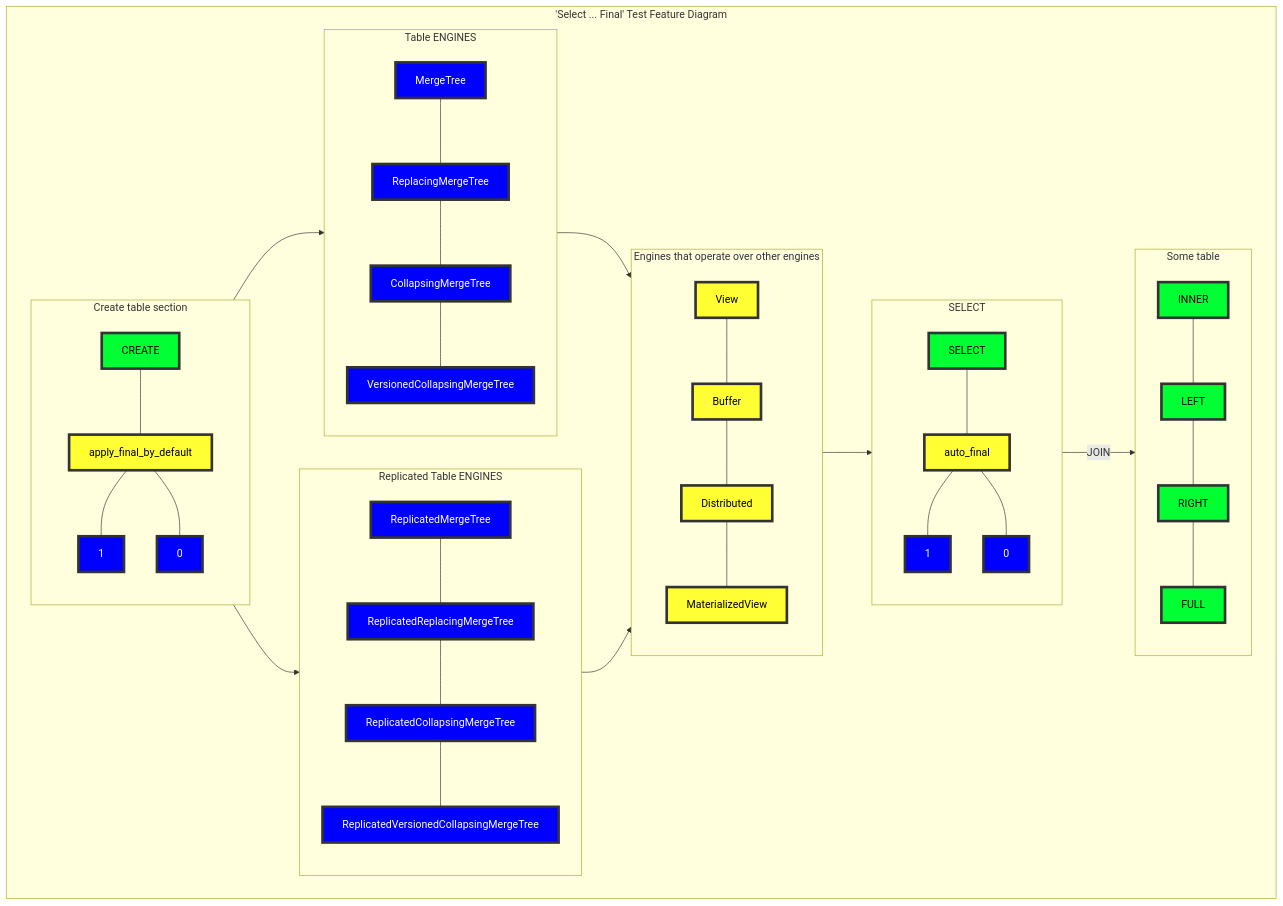
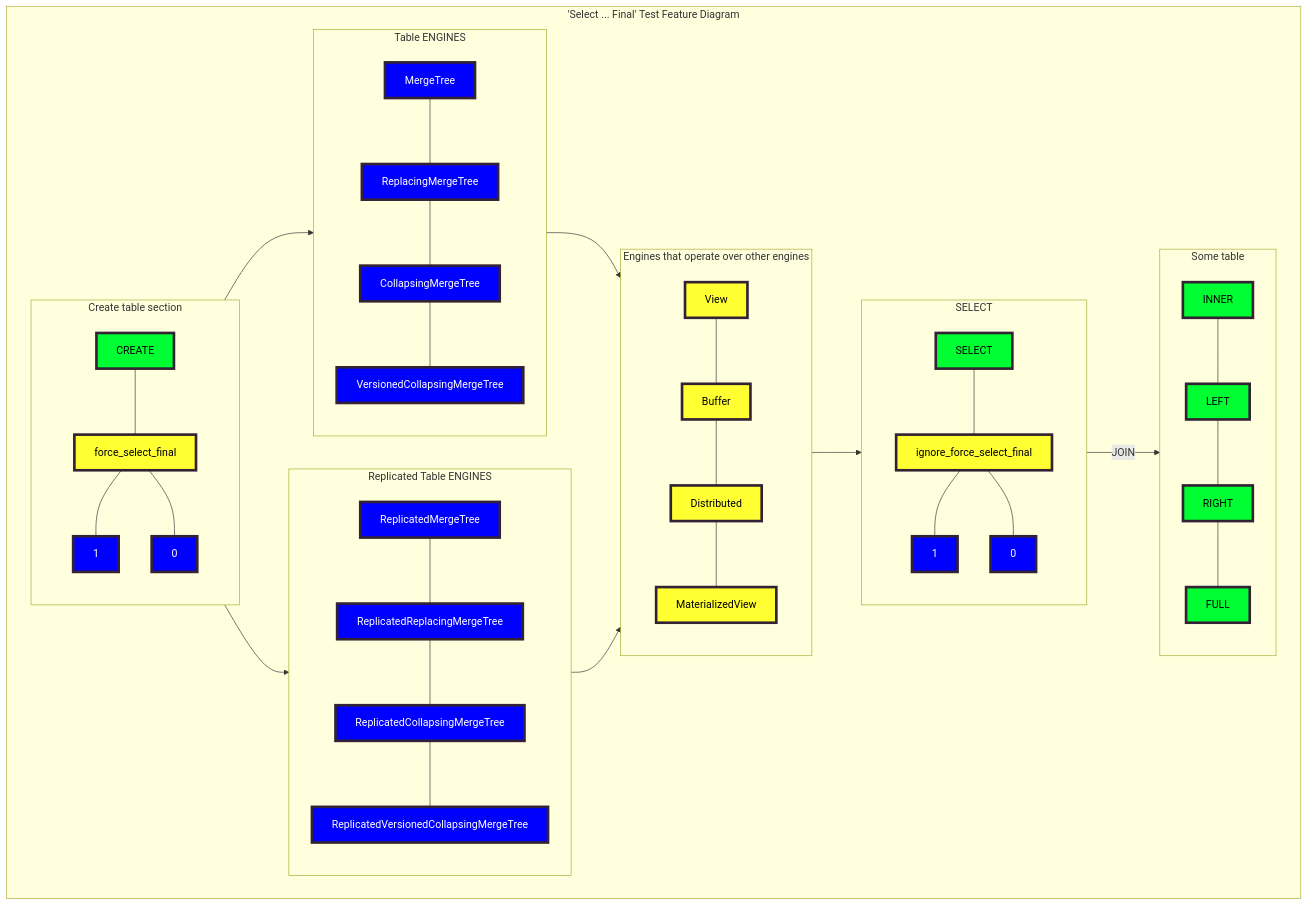
One commit to Altinity/clickhouse-regression changed the diagram in selects/requirements/automatic_final_modifier.md. Above: the diagram before and after it, drawn with Mermaid. The commit also changed other lines of this file and 4 other files, not shown here.

````diff
--- a/selects/requirements/automatic_final_modifier.md
+++ b/selects/requirements/automatic_final_modifier.md
@@ -31,69 +40,69 @@
 ```mermaid
 flowchart TB;
 
-  classDef yellow fill:#ffff33,stroke:#333,stroke-width:4px,color:black;
-  classDef yellow2 fill:#ffff33,stroke:#333,stroke-width:4px,color:red;
-  classDef green fill:#00ff33,stroke:#333,stroke-width:4px,color:black;
-  classDef red fill:red,stroke:#333,stroke-width:4px,color:black;
-  classDef blue fill:blue,stroke:#333,stroke-width:4px,color:white;
+  classDef yellow fill:#ffff32,stroke:#323,stroke-width:4px,color:black;
+  classDef yellow2 fill:#ffff32,stroke:#323,stroke-width:4px,color:red;
+  classDef green fill:#00ff32,stroke:#323,stroke-width:4px,color:black;
+  classDef red fill:red,stroke:#323,stroke-width:4px,color:black;
+  classDef blue fill:blue,stroke:#323,stroke-width:4px,color:white;
   
   subgraph O["'Select ... Final' Test Feature Diagram"]
   A-->C-->K-->D--"JOIN"-->F
   A-->E-->K
 
   1A---2A---3A
   2A---4A
   1D---2D---3D
   2D---4D
   1C---2C---3C---4C
   1E---2E---3E---4E
   1K---2K---3K---4K
   1F---2F---3F---4F
   
     subgraph A["Create table section"]
 
         1A["CREATE"]:::green
-        2A["apply_final_by_default"]:::yellow
+        2A["force_select_final"]:::yellow
         3A["1"]:::blue
         4A["0"]:::blue
     end
     
     subgraph D["SELECT"]
         1D["SELECT"]:::green
-        2D["auto_final"]:::yellow
+        2D["ignore_force_select_final"]:::yellow
         3D["1"]:::blue
         4D["0"]:::blue
     end
     
     subgraph C["Table ENGINES"]
         1C["MergeTree"]:::blue
         2C["ReplacingMergeTree"]:::blue
         3C["CollapsingMergeTree"]:::blue
         4C["VersionedCollapsingMergeTree"]:::blue
     end
     
     subgraph E["Replicated Table ENGINES"]
         1E["ReplicatedMergeTree"]:::blue
         2E["ReplicatedReplacingMergeTree"]:::blue
         3E["ReplicatedCollapsingMergeTree"]:::blue
         4E["ReplicatedVersionedCollapsingMergeTree"]:::blue
     end
       
     subgraph F["Some table"]
         1F["INNER"]:::green
         2F["LEFT"]:::green
         3F["RIGHT"]:::green
         4F["FULL"]:::green
     end
     
     subgraph K["Engines that operate over other engines"]
         1K["View"]:::yellow
         2K["Buffer"]:::yellow
         3K["Distributed"]:::yellow
         4K["MaterializedView"]:::yellow
     end
 
     
 
   end
 ```
````
